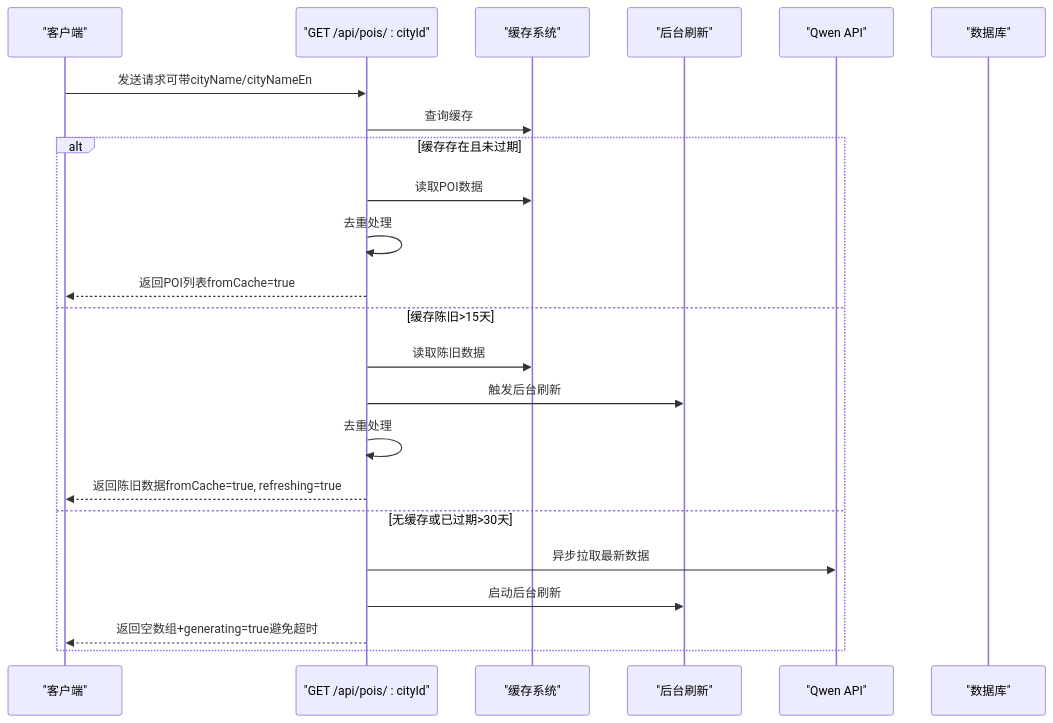
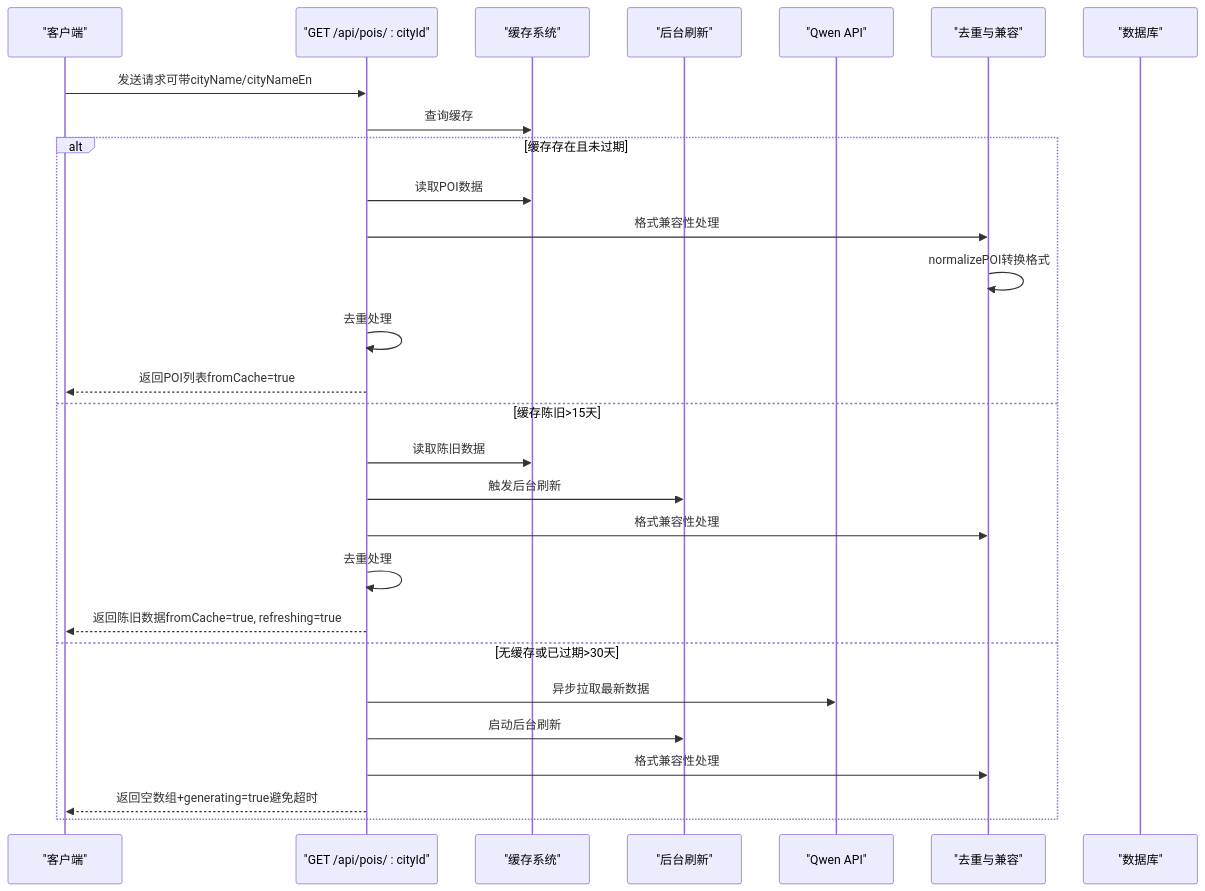
One commit to ititjjy/AITrip-plan changed the second of 7 diagrams in .qoder/repowiki/zh/content/后端API架构/API端点设计/POI数据接口.md. Above: the diagram before and after it, drawn with Mermaid. The commit also changed other lines of this file and 144 other files, not shown here.

````diff
--- a/.qoder/repowiki/zh/content/后端API架构/API端点设计/POI数据接口.md
+++ b/.qoder/repowiki/zh/content/后端API架构/API端点设计/POI数据接口.md
@@ -89,25 +104,30 @@
 ```mermaid
 sequenceDiagram
 participant Client as "客户端"
 participant API as "GET /api/pois/ : cityId"
 participant Cache as "缓存系统"
 participant BG as "后台刷新"
 participant Qwen as "Qwen API"
+participant Dedup as "去重与兼容"
 participant DB as "数据库"
 Client->>API : 发送请求可带cityName/cityNameEn
 API->>Cache : 查询缓存
 alt 缓存存在且未过期
 API->>Cache : 读取POI数据
+API->>Dedup : 格式兼容性处理
+Dedup->>Dedup : normalizePOI转换格式
 API->>API : 去重处理
 API-->>Client : 返回POI列表fromCache=true
 else 缓存陈旧>15天
 API->>Cache : 读取陈旧数据
 API->>BG : 触发后台刷新
+API->>Dedup : 格式兼容性处理
 API->>API : 去重处理
 API-->>Client : 返回陈旧数据fromCache=true, refreshing=true
 else 无缓存或已过期>30天
 API->>Qwen : 异步拉取最新数据
 API->>BG : 启动后台刷新
+API->>Dedup : 格式兼容性处理
 API-->>Client : 返回空数组+generating=true避免超时
 end
 ```
````
